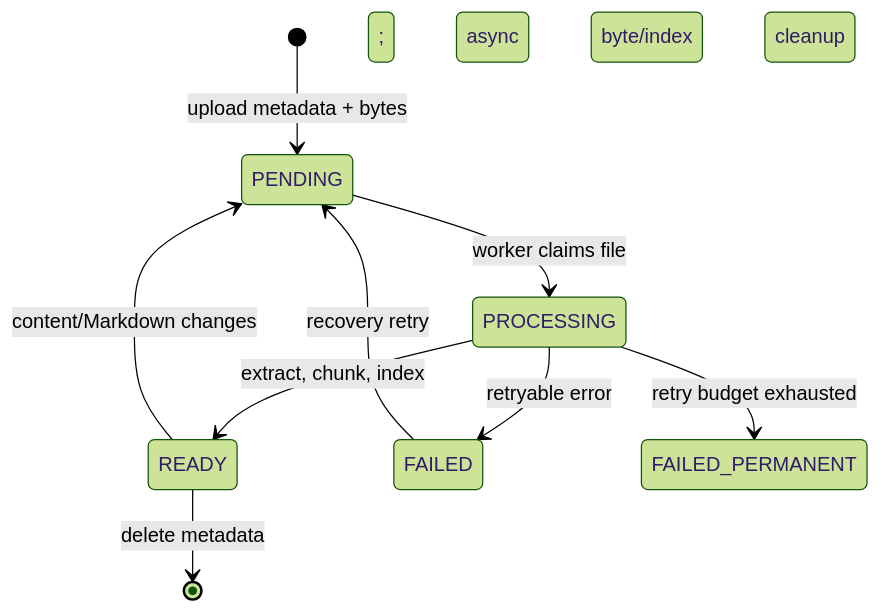
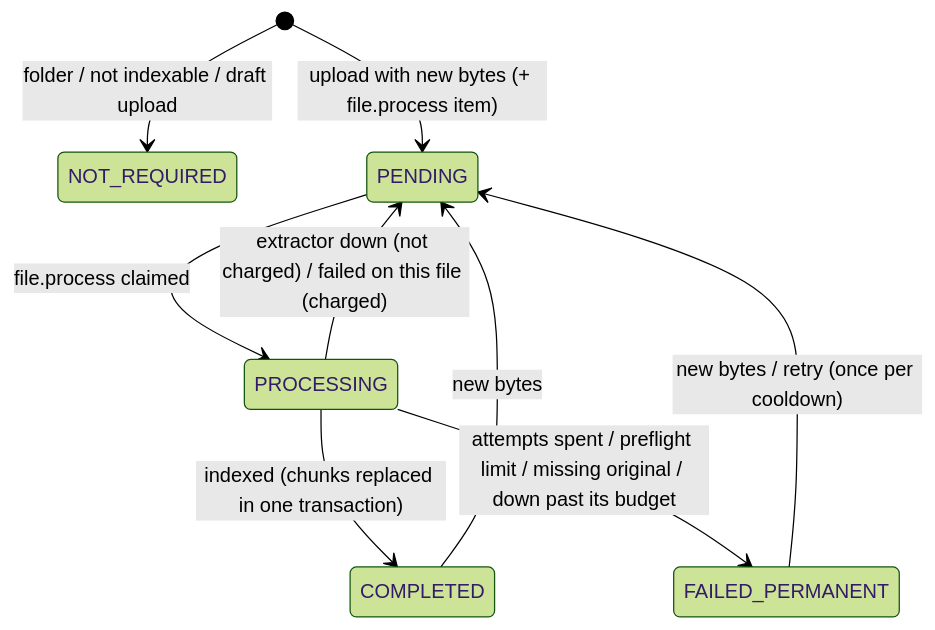
The diagram in lemma-backend/docs/modules/datastore.md (brainsparker/lemma-platform), drawn with Mermaid (forest theme) before and after one commit. The commit also changed other lines of this file and 26 other files, not shown here.

Commit message:
Datastore file processing on the work runtime, pod-schema DDL runner, id/sha storage, cached search scope

````diff
--- a/lemma-backend/docs/modules/datastore.md
+++ b/lemma-backend/docs/modules/datastore.md
@@ -48,11 +48,11 @@
 ```mermaid
 stateDiagram-v2
-    [*] --> PENDING: upload metadata + bytes
-    PENDING --> PROCESSING: worker claims file
-    PROCESSING --> READY: extract, chunk, index
-    PROCESSING --> FAILED: retryable error
-    FAILED --> PENDING: recovery retry
-    PROCESSING --> FAILED_PERMANENT: retry budget exhausted
-    READY --> PENDING: content/Markdown changes
-    READY --> [*]: delete metadata; async byte/index cleanup
+    [*] --> NOT_REQUIRED: folder / not indexable / draft upload
+    [*] --> PENDING: upload with new bytes (+ file.process item)
+    PENDING --> PROCESSING: file.process claimed
+    PROCESSING --> COMPLETED: indexed (chunks replaced in one transaction)
+    PROCESSING --> PENDING: extractor down (not charged) / failed on this file (charged)
+    PROCESSING --> FAILED_PERMANENT: attempts spent / preflight limit / missing original / down past its budget
+    COMPLETED --> PENDING: new bytes
+    FAILED_PERMANENT --> PENDING: new bytes / retry (once per cooldown)
 ```
````
